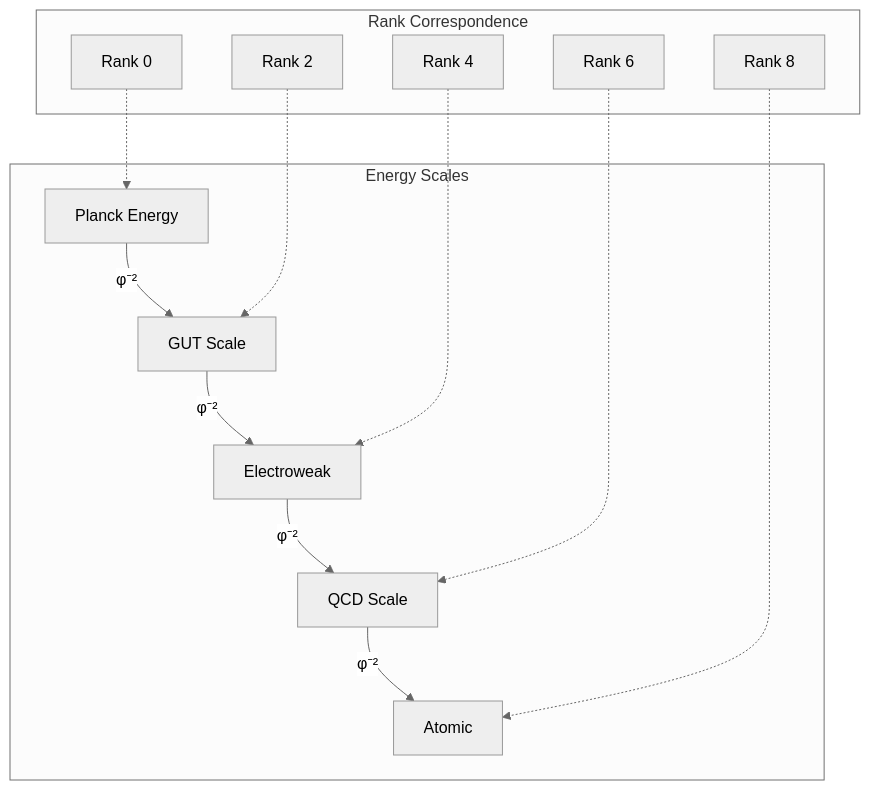
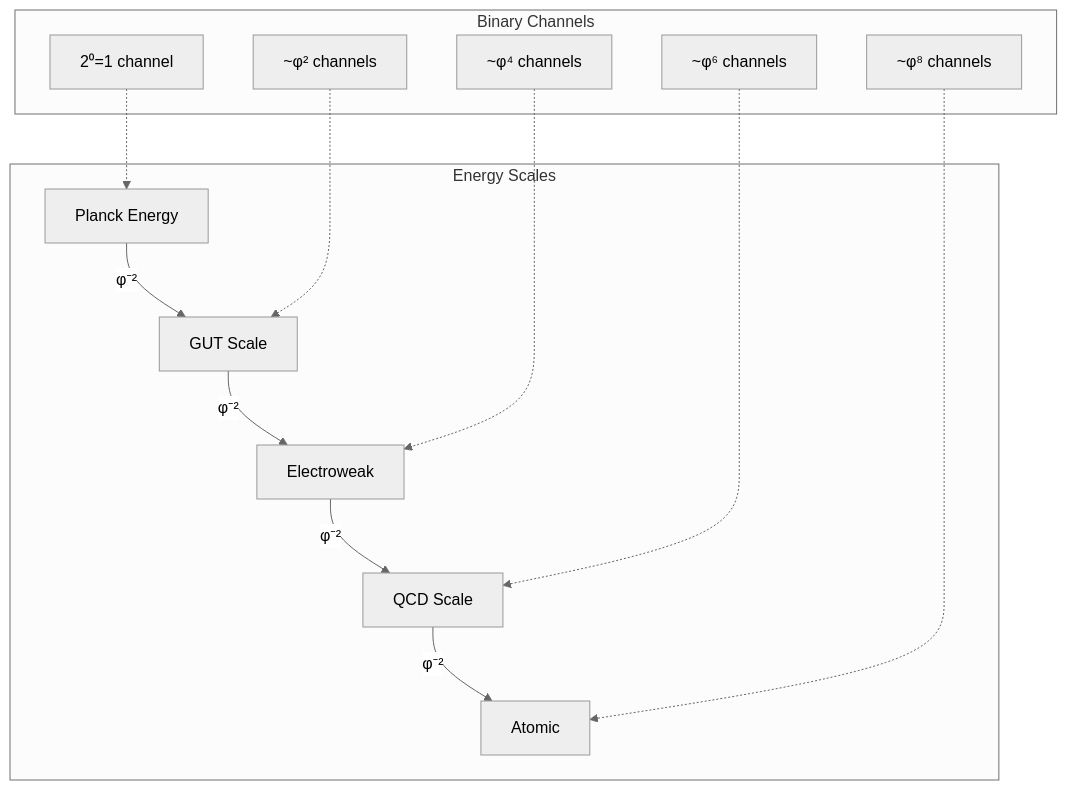
One commit to loning/the-phys changed the second of 2 diagrams in docs/psi-constants/part-01-structural-collapse-limits/chapter-008-structural-energy-units-collapse-action.md. Above: the diagram before and after it, drawn with Mermaid (neutral theme). The commit also changed other lines of this file and 5 other files, not shown here.

````diff
--- a/docs/psi-constants/part-01-structural-collapse-limits/chapter-008-structural-energy-units-collapse-action.md
+++ b/docs/psi-constants/part-01-structural-collapse-limits/chapter-008-structural-energy-units-collapse-action.md
@@ -200,17 +228,17 @@
 ```mermaid
 graph TD
     subgraph "Energy Scales"
         EP[Planck Energy] -->|"φ⁻²"| GUT[GUT Scale]
         GUT -->|"φ⁻²"| EW[Electroweak]
         EW -->|"φ⁻²"| QCD[QCD Scale]
         QCD -->|"φ⁻²"| A[Atomic]
     end
     
-    subgraph "Rank Correspondence"
-        R0[Rank 0] -.-> EP
-        R2[Rank 2] -.-> GUT
-        R4[Rank 4] -.-> EW
-        R6[Rank 6] -.-> QCD
-        R8[Rank 8] -.-> A
+    subgraph "Binary Channels"
+        B0[2⁰=1 channel] -.-> EP
+        B2[~φ² channels] -.-> GUT
+        B4[~φ⁴ channels] -.-> EW
+        B6[~φ⁶ channels] -.-> QCD
+        B8[~φ⁸ channels] -.-> A
     end
 ```
````
